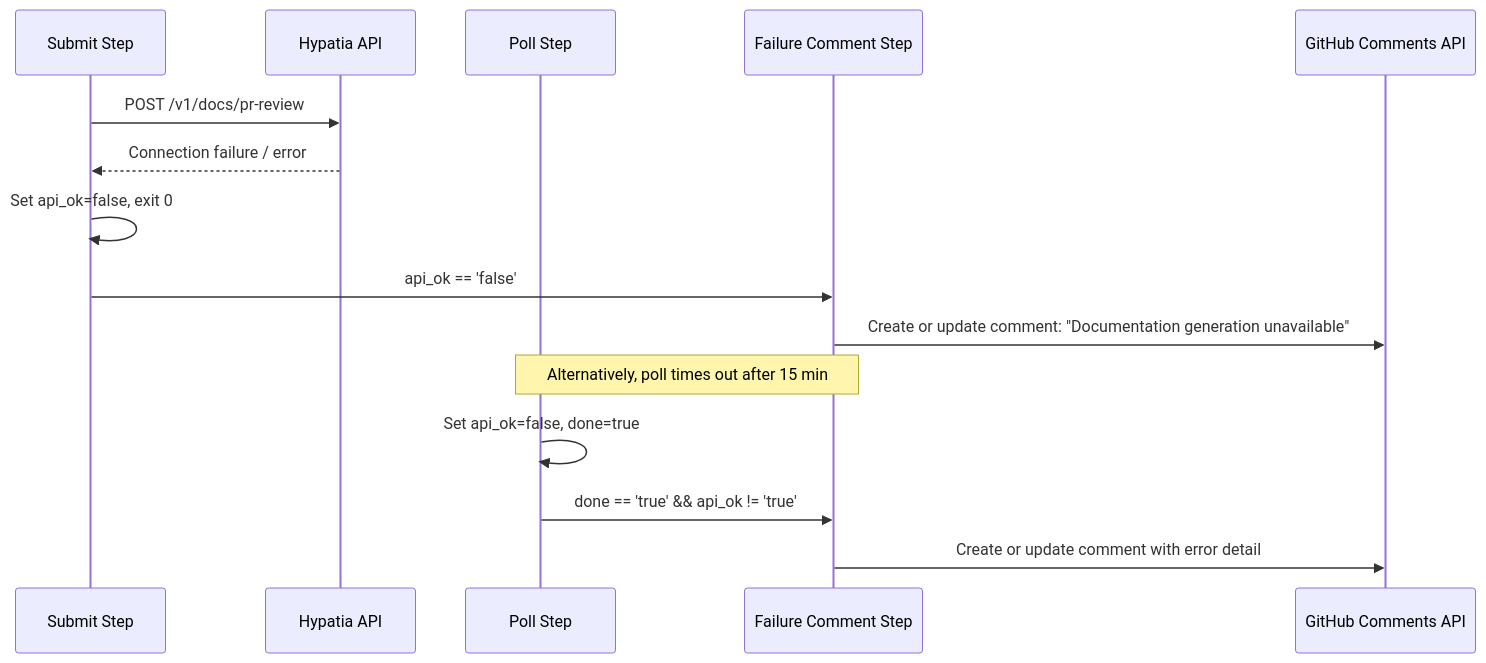
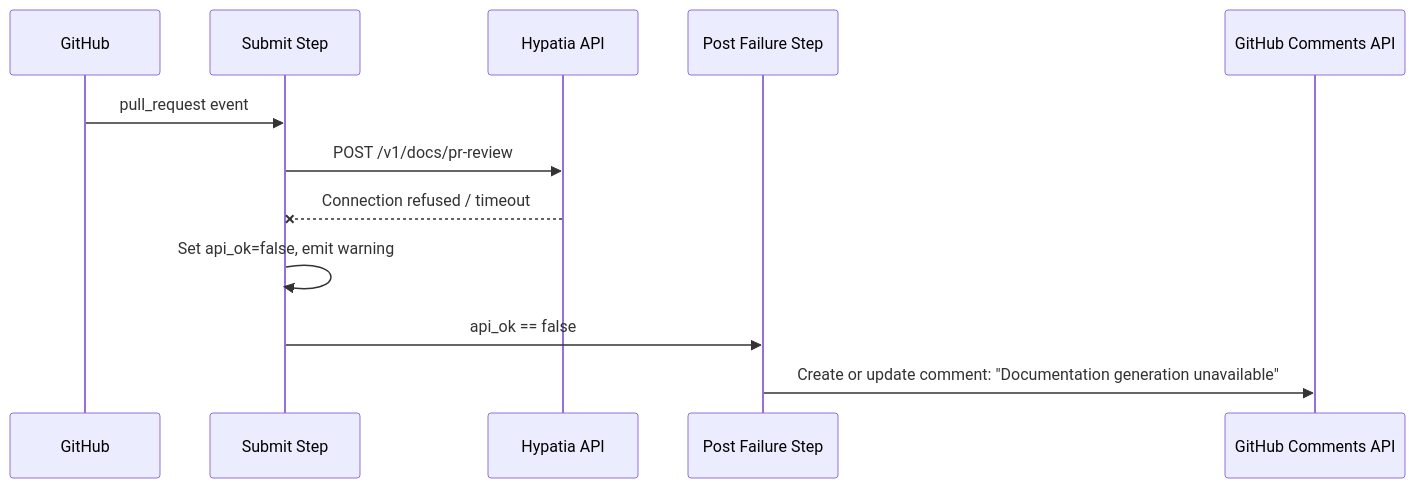
One commit to cornelisnetworks/opa-psm2-tests changed the fourth of 4 diagrams in docs/.github-workflows.md. Above: the diagram before and after it, drawn with Mermaid. The commit also changed other lines of this file and 2 other files, not shown here.

Commit message:
docs: auto-generate documentation for PR #1 [skip ci]

````diff
--- a/docs/.github-workflows.md
+++ b/docs/.github-workflows.md
@@ -85,19 +84,15 @@
 ```mermaid
 sequenceDiagram
+    participant GH as GitHub
     participant Submit as Submit Step
-    participant API as Hypatia API
-    participant Poll as Poll Step
-    participant Fail as Failure Comment Step
-    participant GH as GitHub Comments API
+    participant Hypatia as Hypatia API
+    participant PostFail as Post Failure Step
+    participant Comments as GitHub Comments API
 
-    Submit->>API: POST /v1/docs/pr-review
-    API-->>Submit: Connection failure / error
-    Submit->>Submit: Set api_ok=false, exit 0
-    Submit->>Fail: api_ok == 'false'
-    Fail->>GH: Create or update comment: "Documentation generation unavailable"
-
-    Note over Poll,Fail: Alternatively, poll times out after 15 min
-    Poll->>Poll: Set api_ok=false, done=true
-    Poll->>Fail: done == 'true' && api_ok != 'true'
-    Fail->>GH: Create or update comment with error detail
+    GH->>Submit: pull_request event
+    Submit->>Hypatia: POST /v1/docs/pr-review
+    Hypatia--xSubmit: Connection refused / timeout
+    Submit->>Submit: Set api_ok=false, emit warning
+    Submit->>PostFail: api_ok == false
+    PostFail->>Comments: Create or update comment: "Documentation generation unavailable"
 ```
````
